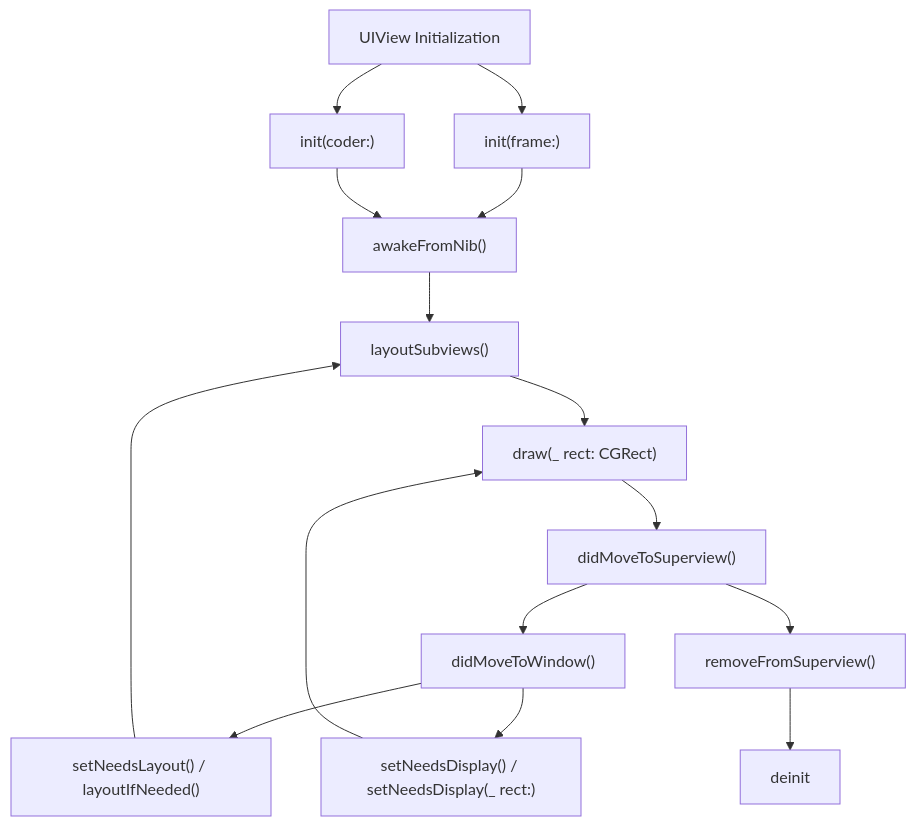
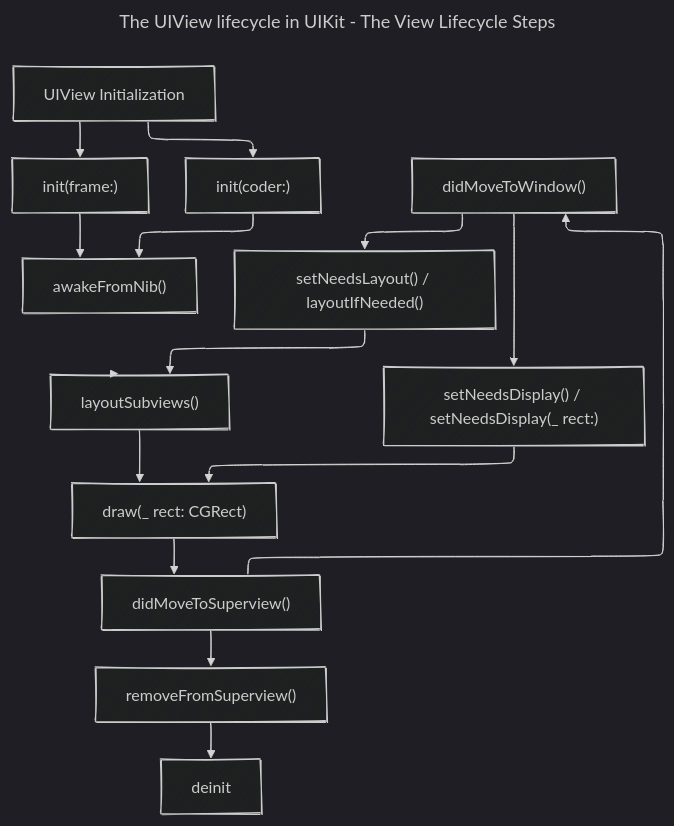
Before and after one commit to CongLeSolutionX/iOS-development-vault: the diagram in iOS_app_and_view_lifecycle/UIView_Lifecycle-Standalone-view.md, drawn with Mermaid. The commit also changed 8 other files, not shown here.

````diff
--- a/iOS_app_and_view_lifecycle/UIView_Lifecycle-Standalone-view.md
+++ b/iOS_app_and_view_lifecycle/UIView_Lifecycle-Standalone-view.md
@@ -18,18 +18,25 @@
 ```mermaid
+---
+title: The UIView lifecycle in UIKit - The View Lifecycle Steps
+config:
+  layout: elk
+  look: handDrawn
+  theme: dark
+---
 graph TD
     A[UIView Initialization] --> B["init(frame:)"]
     A --> C["init(coder:)"]
     B --> D["awakeFromNib()"]
     C --> D
     D --> E["layoutSubviews()"]
     E --> F["draw(_ rect: CGRect)"]
     F --> G["didMoveToSuperview()"]
     G --> H["didMoveToWindow()"]
     H --> I["setNeedsLayout() / layoutIfNeeded()"]
     I --> E
     H --> J["setNeedsDisplay() / setNeedsDisplay(_ rect:)"]
     J --> F
     G --> K["removeFromSuperview()"]
     K --> L[deinit]
 
 ```
````
